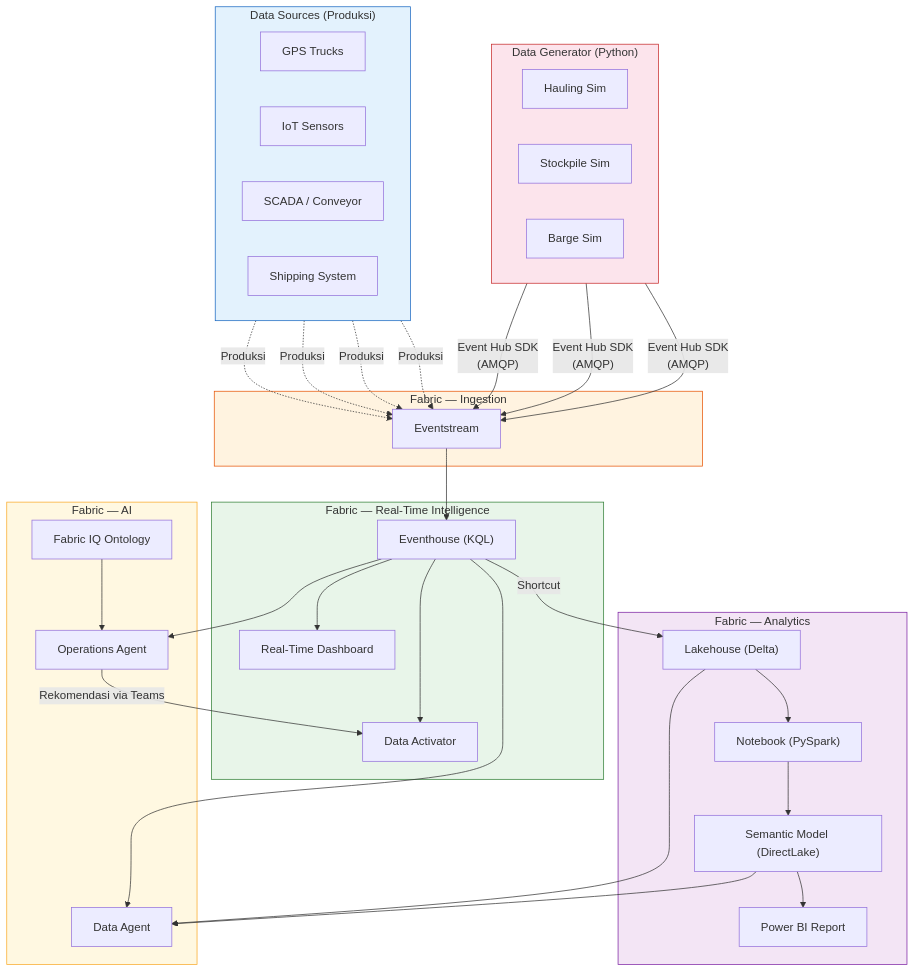
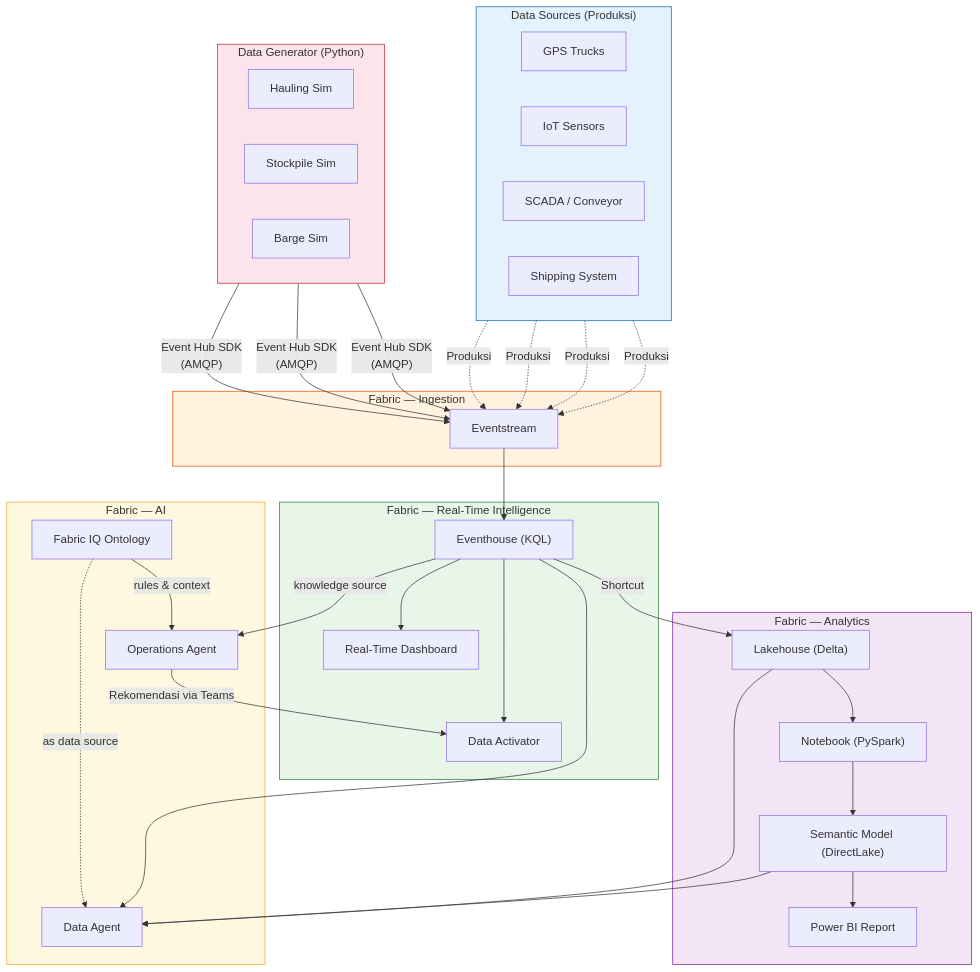
The first of 20 diagrams in Contoso_Mining_Fabric_RTI_Demo_Plan.md (edhotp/RTI_DEMO_CONTOSO_MINING), drawn with Mermaid before and after one commit. The commit also changed other lines of this file and 1 other file, not shown here.

First line of the commit message:
fix: validate & correct Data Agent vs Operations Agent architecture per MS Learn docs

````diff
--- a/Contoso_Mining_Fabric_RTI_Demo_Plan.md
+++ b/Contoso_Mining_Fabric_RTI_Demo_Plan.md
@@ -28,59 +28,60 @@
 ```mermaid
 flowchart TB
     subgraph Generator["Data Generator (Python)"]
         direction LR
         SIM_H["Hauling Sim"]
         SIM_S["Stockpile Sim"]
         SIM_B["Barge Sim"]
     end
 
     subgraph Sources["Data Sources (Produksi)"]
         direction LR
         GPS["GPS Trucks"]
         IOT["IoT Sensors"]
         SCADA["SCADA / Conveyor"]
         SHIP["Shipping System"]
     end
 
     subgraph Ingest["Fabric — Ingestion"]
         ES["Eventstream"]
     end
 
     subgraph Process["Fabric — Real-Time Intelligence"]
         EH["Eventhouse (KQL)"]
         RTD["Real-Time Dashboard"]
         DA["Data Activator"]
     end
 
     subgraph Store["Fabric — Analytics"]
         LH["Lakehouse (Delta)"]
         NB["Notebook (PySpark)"]
         SM["Semantic Model (DirectLake)"]
         PBI["Power BI Report"]
     end
 
     subgraph AI["Fabric — AI"]
         AGENT["Data Agent"]
         ONT["Fabric IQ Ontology"]
         OPSAG["Operations Agent"]
     end
 
     SIM_H & SIM_S & SIM_B -->|"Event Hub SDK\n(AMQP)"| ES
     GPS & IOT & SCADA & SHIP -.->|"Produksi"| ES
     ES --> EH
     EH --> RTD
     EH --> DA
     EH -->|Shortcut| LH
     LH --> NB --> SM --> PBI
     EH & LH & SM --> AGENT
-    ONT --> OPSAG
-    EH --> OPSAG
+    ONT -.->|"as data source"| AGENT
+    ONT -->|"rules & context"| OPSAG
+    EH -->|"knowledge source"| OPSAG
     OPSAG -->|"Rekomendasi via Teams"| DA
 
     style Generator fill:#FCE4EC,stroke:#C62828
     style Sources fill:#E3F2FD,stroke:#1565C0
     style Ingest fill:#FFF3E0,stroke:#E65100
     style Process fill:#E8F5E9,stroke:#2E7D32
     style Store fill:#F3E5F5,stroke:#7B1FA2
     style AI fill:#FFF8E1,stroke:#F9A825
 ```
````
